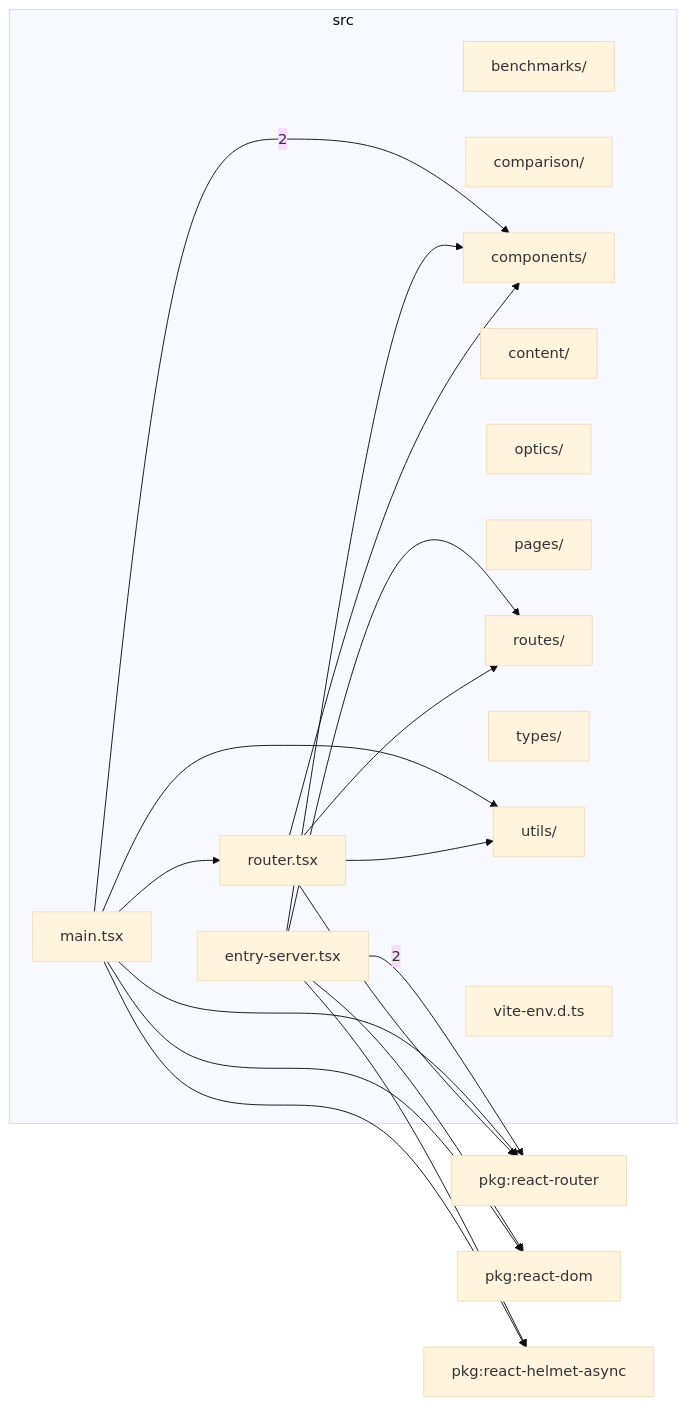
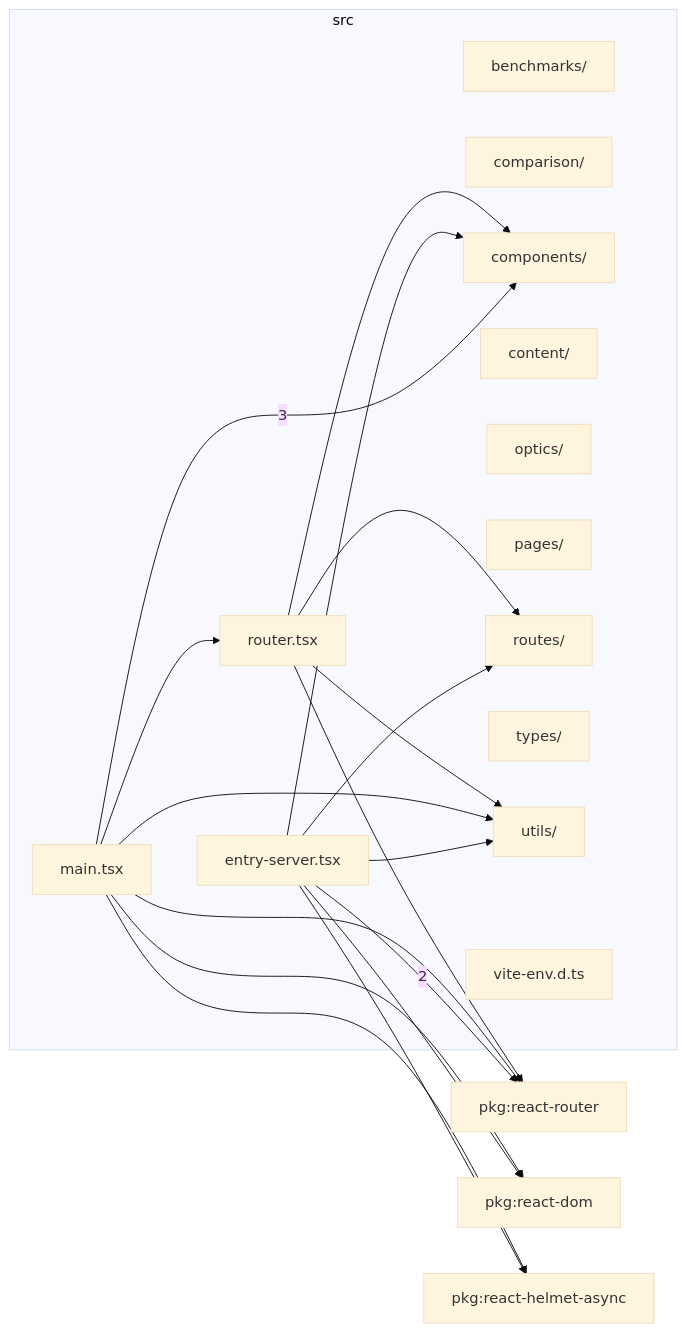
Before and after one commit to ronbuening/LensVisualizer: the diagram in src/readme.md, drawn with Mermaid (base theme). The commit also changed other lines of this file and 10 other files, not shown here.

````diff
--- a/src/readme.md
+++ b/src/readme.md
@@ -9,36 +9,37 @@
 ```mermaid
 flowchart LR
   subgraph n_src["src"]
     n_src_src_benchmarks["benchmarks/"]
     n_src_src_comparison["comparison/"]
     n_src_src_components["components/"]
     n_src_src_content["content/"]
     n_src_src_optics["optics/"]
     n_src_src_pages["pages/"]
     n_src_src_routes["routes/"]
     n_src_src_types["types/"]
     n_src_src_utils["utils/"]
     n_src_src_entry_server_tsx["entry-server.tsx"]
     n_src_src_main_tsx["main.tsx"]
     n_src_src_router_tsx["router.tsx"]
     n_src_src_vite_env_d_ts["vite-env.d.ts"]
   end
   n_external_pkg_react_router["pkg:react-router"]
   n_external_pkg_react_dom["pkg:react-dom"]
   n_external_pkg_react_helmet_async["pkg:react-helmet-async"]
+  n_src_src_main_tsx --> |3| n_src_src_components
   n_src_src_entry_server_tsx --> |2| n_external_pkg_react_router
-  n_src_src_main_tsx --> |2| n_src_src_components
   n_src_src_entry_server_tsx --> n_external_pkg_react_dom
   n_src_src_main_tsx --> n_external_pkg_react_dom
   n_src_src_entry_server_tsx --> n_external_pkg_react_helmet_async
   n_src_src_main_tsx --> n_external_pkg_react_helmet_async
   n_src_src_main_tsx --> n_external_pkg_react_router
   n_src_src_router_tsx --> n_external_pkg_react_router
   n_src_src_entry_server_tsx --> n_src_src_components
   n_src_src_router_tsx --> n_src_src_components
   n_src_src_main_tsx --> n_src_src_router_tsx
   n_src_src_entry_server_tsx --> n_src_src_routes
   n_src_src_router_tsx --> n_src_src_routes
+  n_src_src_entry_server_tsx --> n_src_src_utils
   n_src_src_main_tsx --> n_src_src_utils
   n_src_src_router_tsx --> n_src_src_utils
 ```
````
